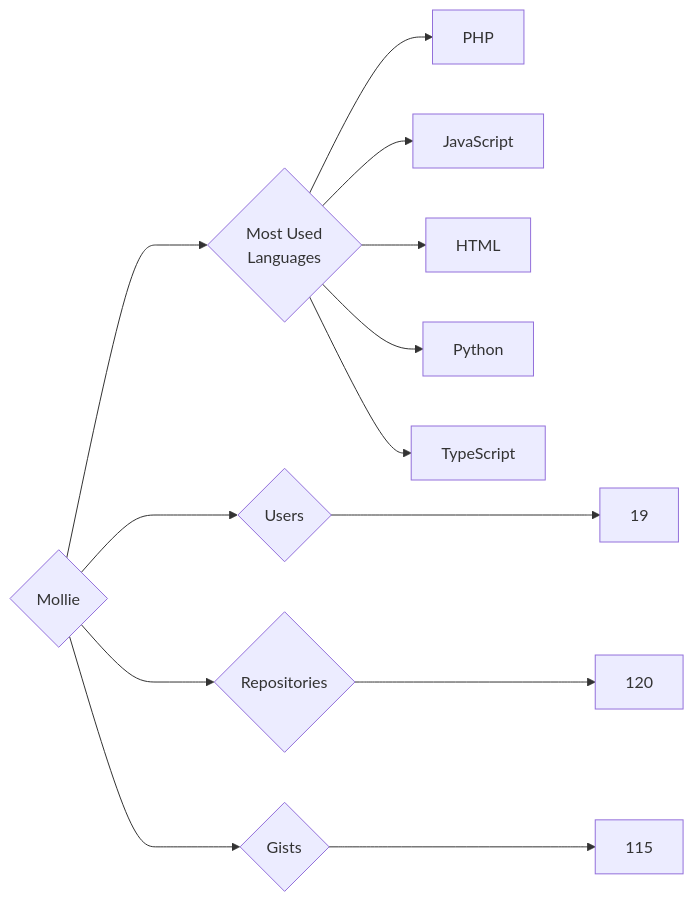
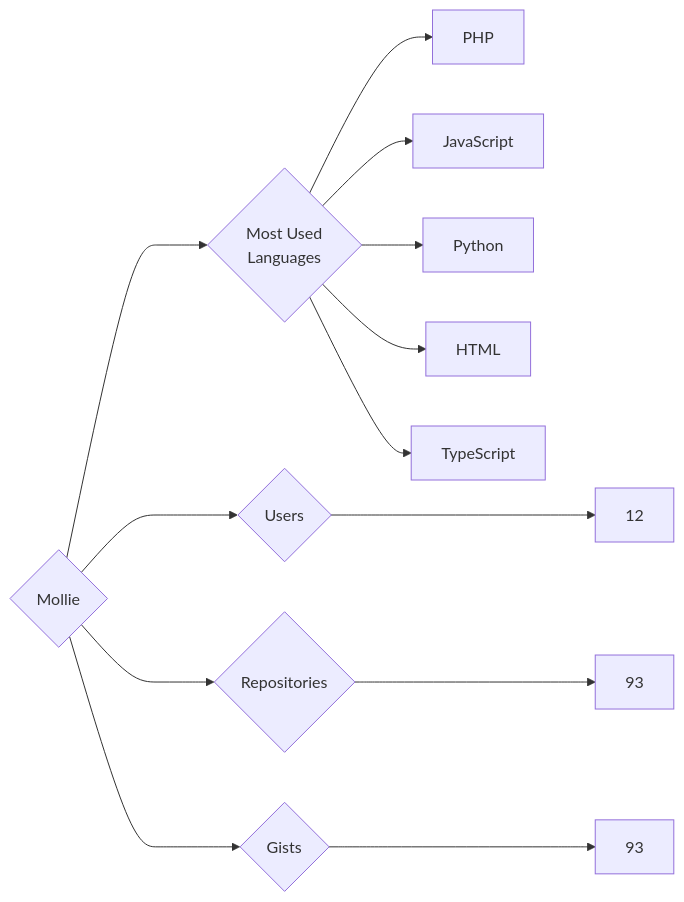
The diagram in targets/Mollie/README.md (trickest/insiders), drawn with Mermaid before and after one commit. The commit also changed 871 other files, not shown here.

````diff
--- a/targets/Mollie/README.md
+++ b/targets/Mollie/README.md
@@ -3,13 +3,13 @@
 ```mermaid
 graph LR
 COMPANY_NAME{Mollie}
-COMPANY_NAME ---> U{Users} ---> UN[19]
-COMPANY_NAME ---> R{Repositories} ---> RN[120]
-COMPANY_NAME ---> G{Gists} ---> GN[115]
+COMPANY_NAME ---> U{Users} ---> UN[12]
+COMPANY_NAME ---> R{Repositories} ---> RN[93]
+COMPANY_NAME ---> G{Gists} ---> GN[93]
 COMPANY_NAME ---> ML{Most Used<br>Languages}
 ML --> PHP[PHP]
 ML --> JavaScript[JavaScript]
+ML --> Python[Python]
 ML --> HTML[HTML]
-ML --> Python[Python]
 ML --> TypeScript[TypeScript]
 ```
````
